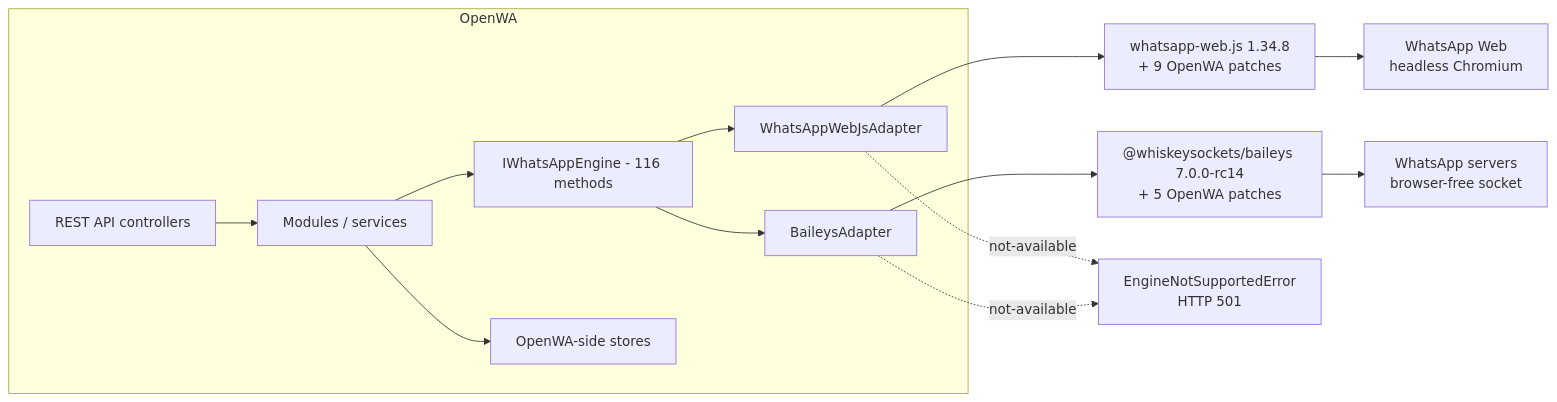
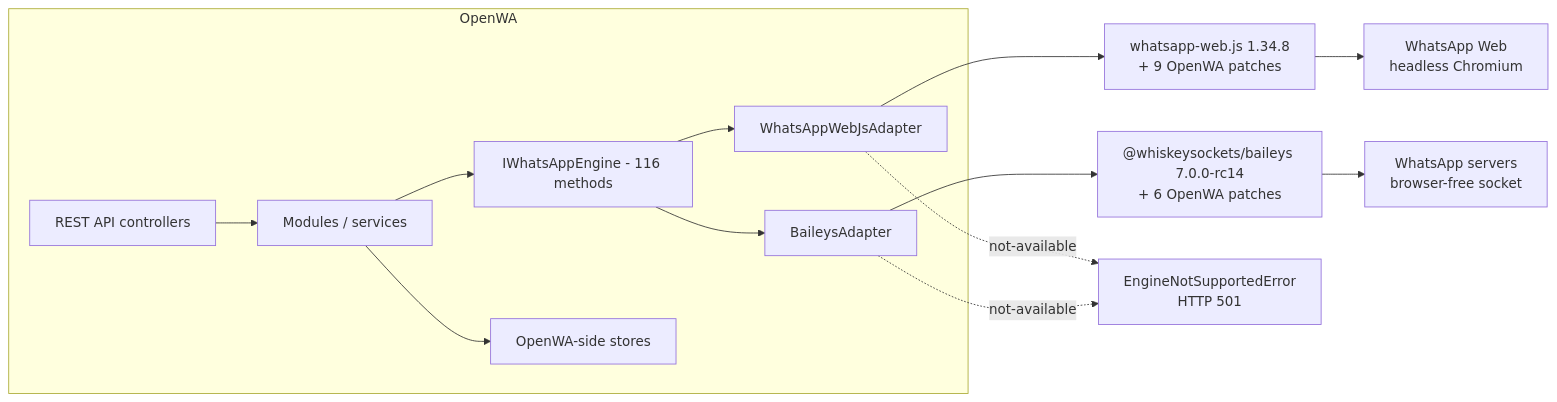
One commit to rmyndharis/OpenWA changed the first of 2 diagrams in docs/29-engine-capability-matrix.md. Above: the diagram before and after it, drawn with Mermaid. The commit also changed other lines of this file and 8 other files, not shown here.

````diff
--- a/docs/29-engine-capability-matrix.md
+++ b/docs/29-engine-capability-matrix.md
@@ -47,16 +47,16 @@
 ```mermaid
 flowchart LR
     subgraph OpenWA["OpenWA"]
         API["REST API controllers"] --> SVC["Modules / services"]
         SVC --> IF["IWhatsAppEngine - 116 methods"]
         IF --> WA["WhatsAppWebJsAdapter"]
         IF --> BA["BaileysAdapter"]
         SVC --> STORE["OpenWA-side stores"]
     end
     WA --> WLIB["whatsapp-web.js 1.34.8<br/>+ 9 OpenWA patches"]
-    BA --> BLIB["@whiskeysockets/baileys 7.0.0-rc14<br/>+ 5 OpenWA patches"]
+    BA --> BLIB["@whiskeysockets/baileys 7.0.0-rc14<br/>+ 6 OpenWA patches"]
     WLIB --> WEB["WhatsApp Web<br/>headless Chromium"]
     BLIB --> WAS["WhatsApp servers<br/>browser-free socket"]
     WA -.->|"not-available"| E["EngineNotSupportedError<br/>HTTP 501"]
     BA -.->|"not-available"| E
 ```
````
